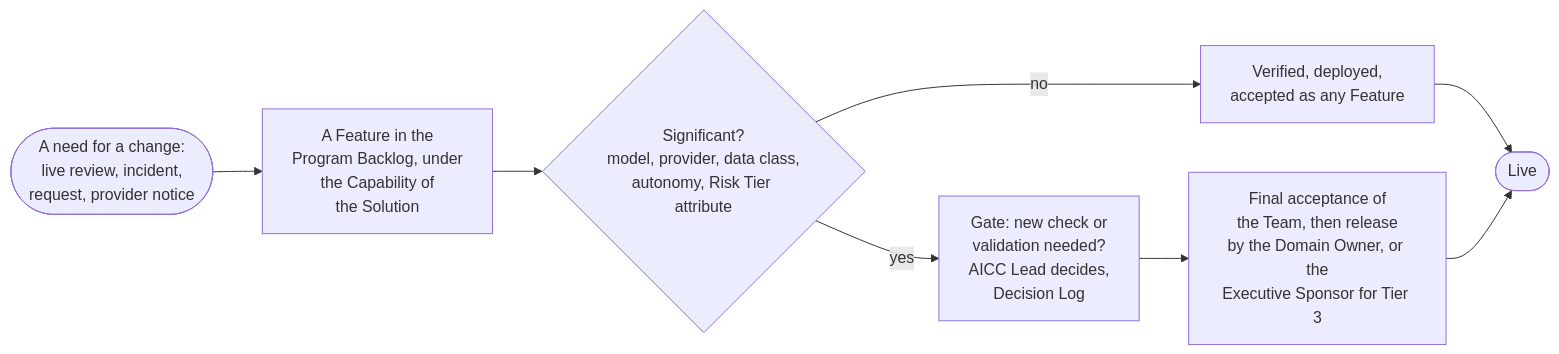
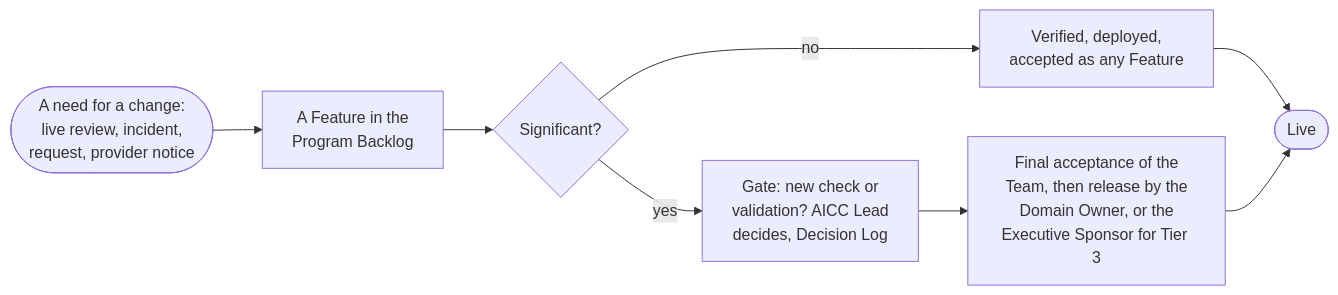
Before and after one commit to devhogu/ob-aicc: the diagram in portal/content/delivery/life-cycle-management.md, drawn with Mermaid. The commit also changed other lines of this file and 100 other files, not shown here.

Commit message:
Portal: diagram labels wrapped to the box in the renderer, the Delivery course trimmed to the overview with the detail left to the model, the guides, and the detail pages, the service delivery workflow label shortened

````diff
--- a/portal/content/delivery/life-cycle-management.md
+++ b/portal/content/delivery/life-cycle-management.md
@@ -39,10 +19,10 @@
 ```mermaid
 flowchart LR
-  R(["A need for a change:<br/>live review, incident,<br/>request, provider notice"]) --> F["A Feature in the<br/>Program Backlog, under<br/>the Capability of<br/>the Solution"]
-  F --> S{"Significant?<br/>model, provider, data class,<br/>autonomy, Risk Tier attribute"}
+  R(["A need for a change:<br/>live review, incident,<br/>request, provider notice"]) --> F["A Feature in the<br/>Program Backlog"]
+  F --> S{"Significant?"}
   S -->|"no"| N["Verified, deployed,<br/>accepted as any Feature"]
-  S -->|"yes"| K["Gate: new check or<br/>validation needed?<br/>AICC Lead decides,<br/>Decision Log"]
-  K --> T["Final acceptance of<br/>the Team, then release<br/>by the Domain Owner, or the<br/>Executive Sponsor for Tier 3"]
+  S -->|"yes"| K["Gate: new check or<br/>validation? AICC Lead<br/>decides, Decision Log"]
+  K --> T["Final acceptance of the<br/>Team, then release by the<br/>Domain Owner, or the<br/>Executive Sponsor for Tier 3"]
   N --> L(["Live"])
   T --> L
 ```
````
